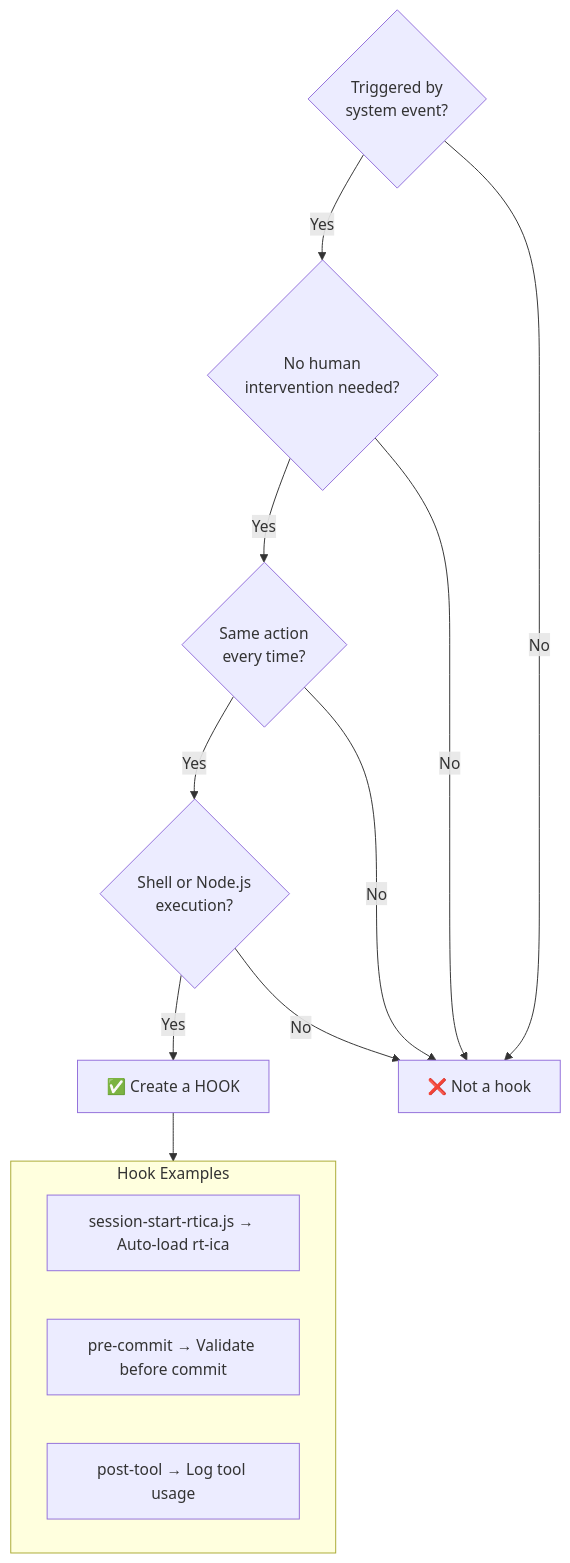
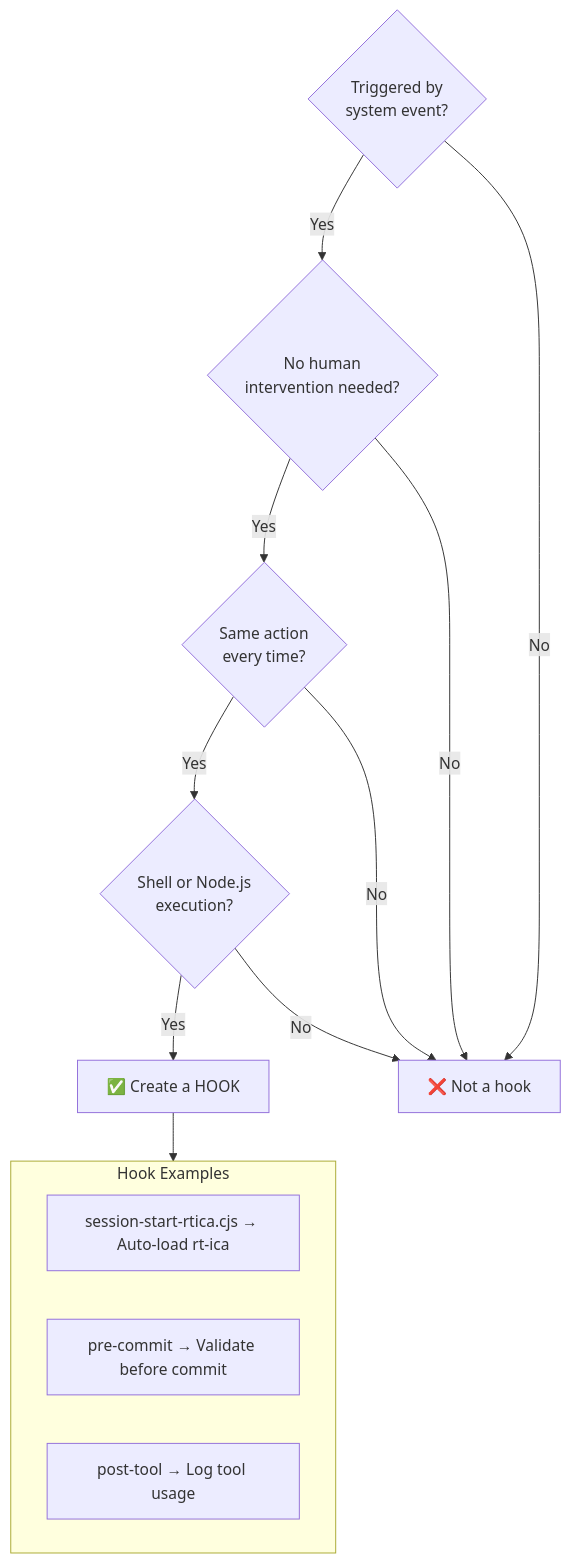
One commit to chgreer1070/claude_skills changed the sixth of 7 diagrams in .claude/knowledge/workflow-diagrams/asset-decision-tree.md. Above: the diagram before and after it, drawn with Mermaid. The commit also changed other lines of this file and 24 other files, not shown here.

````diff
--- a/.claude/knowledge/workflow-diagrams/asset-decision-tree.md
+++ b/.claude/knowledge/workflow-diagrams/asset-decision-tree.md
@@ -209,27 +209,27 @@
 ```mermaid
 flowchart TD
     Q1{"Triggered by<br/>system event?"}
     Q2{"No human<br/>intervention needed?"}
     Q3{"Same action<br/>every time?"}
     Q4{"Shell or Node.js<br/>execution?"}
 
     YES["✅ Create a HOOK"]
     NO["❌ Not a hook"]
 
     Q1 -->|"Yes"| Q2
     Q1 -->|"No"| NO
     Q2 -->|"Yes"| Q3
     Q2 -->|"No"| NO
     Q3 -->|"Yes"| Q4
     Q3 -->|"No"| NO
     Q4 -->|"Yes"| YES
     Q4 -->|"No"| NO
 
     subgraph EXAMPLES["Hook Examples"]
-        E1["session-start-rtica.js → Auto-load rt-ica"]
+        E1["session-start-rtica.cjs → Auto-load rt-ica"]
         E2["pre-commit → Validate before commit"]
         E3["post-tool → Log tool usage"]
     end
 
     YES --> EXAMPLES
 ```
````
